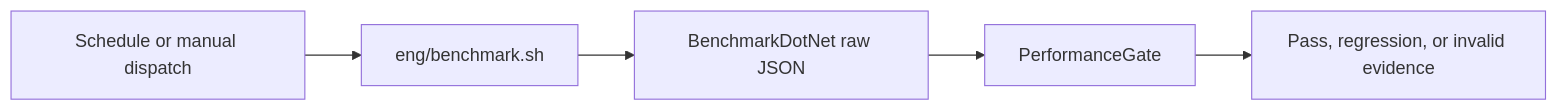
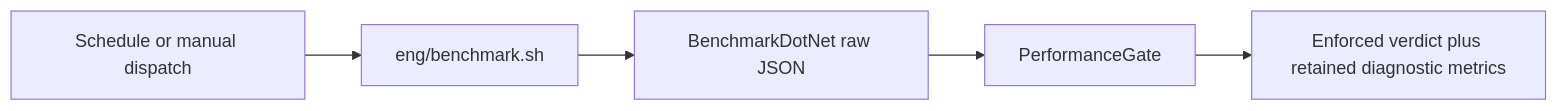
One commit to doka-labs/Doka.EntityFrameworkCore.MySql changed the diagram in docs/operations/performance-evidence.md. Above: the diagram before and after it, drawn with Mermaid. The commit also changed other lines of this file and 132 other files, not shown here.

````diff
--- a/docs/operations/performance-evidence.md
+++ b/docs/operations/performance-evidence.md
@@ -6,7 +6,7 @@
 ```mermaid
 flowchart LR
     TRIGGER["Schedule or manual dispatch"] --> SCRIPT["eng/benchmark.sh"]
     SCRIPT --> BDN["BenchmarkDotNet raw JSON"]
     BDN --> GATE["PerformanceGate"]
-    GATE --> RESULT["Pass, regression, or invalid evidence"]
+    GATE --> RESULT["Enforced verdict plus retained diagnostic metrics"]
 ```
````
